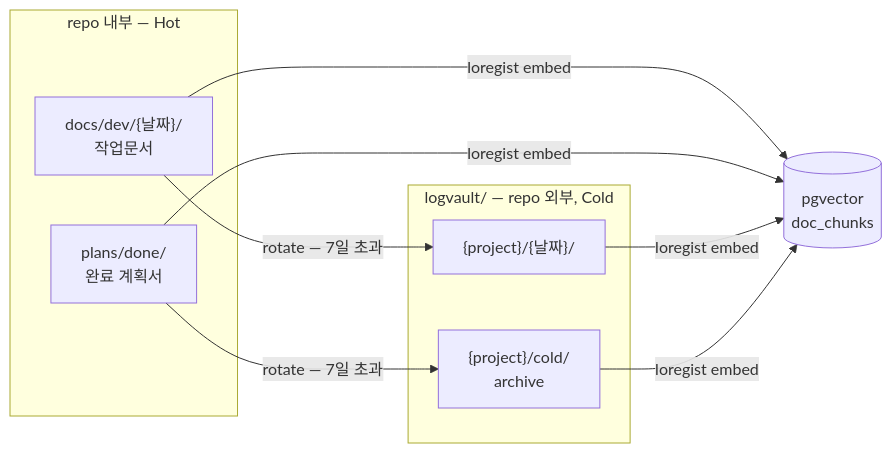
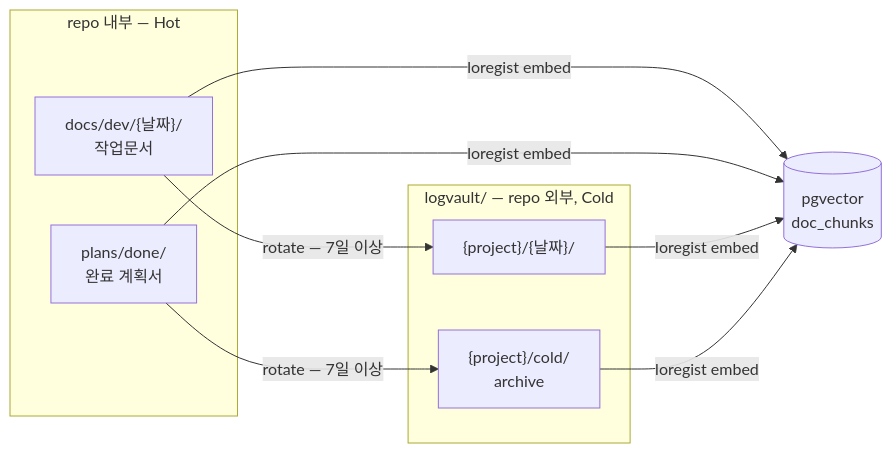
One commit to mzd-nrkim/loregist changed the seventh of 9 diagrams in ARCHITECTURE.md. Above: the diagram before and after it, drawn with Mermaid. The commit also changed other lines of this file and 45 other files, not shown here.

````diff
--- a/ARCHITECTURE.md
+++ b/ARCHITECTURE.md
@@ -209,20 +290,20 @@
 ```mermaid
 flowchart LR
     subgraph REPO["repo 내부 — Hot"]
         DEV["docs/dev/{날짜}/\n작업문서"]
         DONE["plans/done/\n완료 계획서"]
     end
     subgraph LV["logvault/ — repo 외부, Cold"]
         VAULT["{project}/{날짜}/"]
         COLD["{project}/cold/\narchive"]
     end
     DB[(pgvector\ndoc_chunks)]
 
     DEV -->|"loregist embed"| DB
     DONE -->|"loregist embed"| DB
     VAULT -->|"loregist embed"| DB
     COLD -->|"loregist embed"| DB
 
-    DEV -->|"rotate — 7일 초과"| VAULT
-    DONE -->|"rotate — 7일 초과"| COLD
+    DEV -->|"rotate — 7일 이상"| VAULT
+    DONE -->|"rotate — 7일 이상"| COLD
 ```
````
